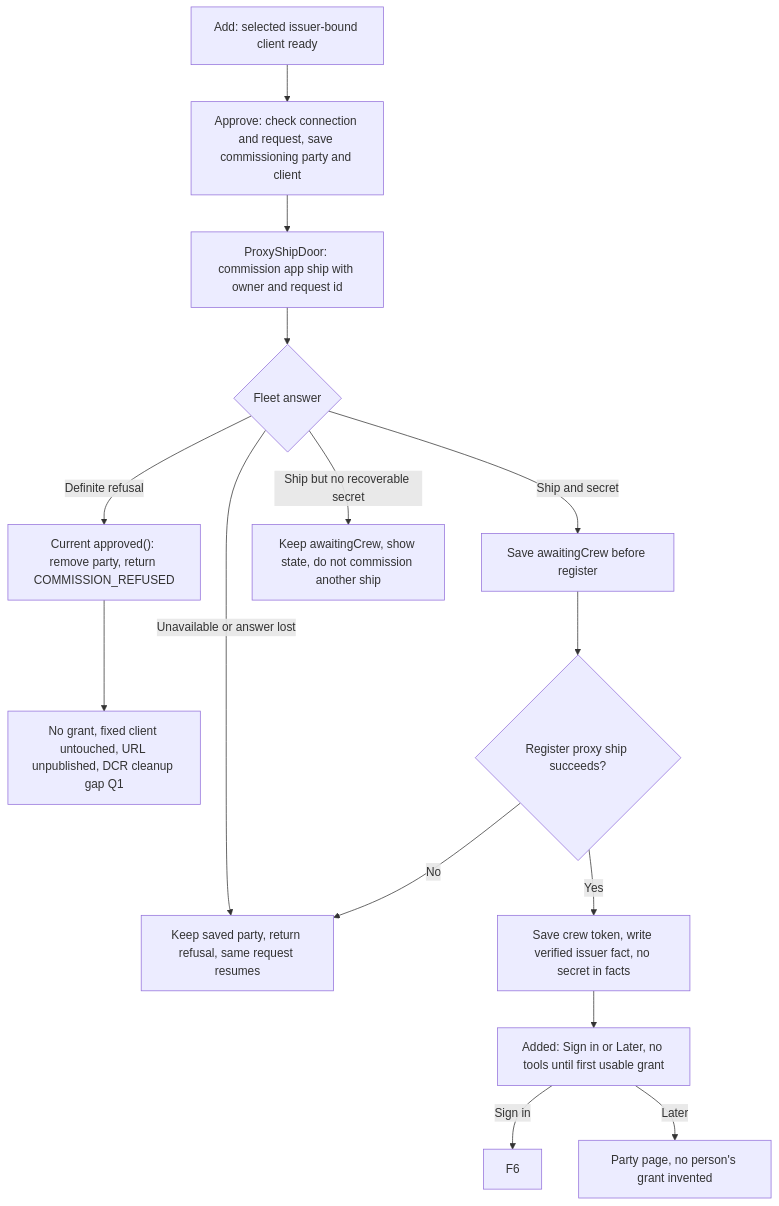
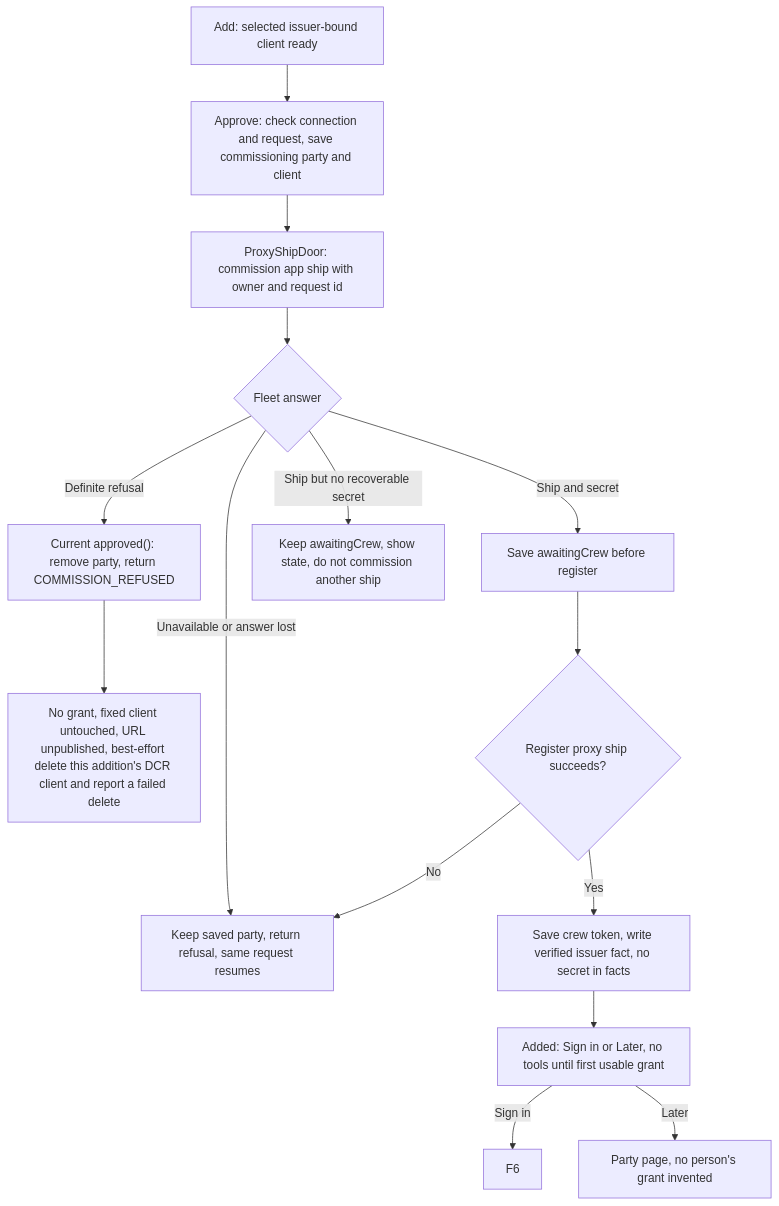
The fifth of 8 diagrams in docs/design/oauth-servers/client-identities.md (ThomasHendrickx/aeolus-fleet), drawn with Mermaid before and after one commit. The commit also changed other lines of this file and 3 other files, not shown here.

````diff
--- a/docs/design/oauth-servers/client-identities.md
+++ b/docs/design/oauth-servers/client-identities.md
@@ -201,17 +188,17 @@
 ```mermaid
 flowchart TD
   A["Add: selected issuer-bound client ready"] --> B["Approve: check connection and request, save commissioning party and client"]
   B --> C["ProxyShipDoor: commission app ship with owner and request id"]
   C --> D{"Fleet answer"}
   D -->|Unavailable or answer lost| E["Keep saved party, return refusal, same request resumes"]
   D -->|Definite refusal| F["Current approved(): remove party, return COMMISSION_REFUSED"]
-  F --> G["No grant, fixed client untouched, URL unpublished, DCR cleanup gap Q1"]
+  F --> G["No grant, fixed client untouched, URL unpublished, best-effort delete this addition's DCR client and report a failed delete"]
   D -->|Ship and secret| H["Save awaitingCrew before register"]
   D -->|Ship but no recoverable secret| I["Keep awaitingCrew, show state, do not commission another ship"]
   H --> J{"Register proxy ship succeeds?"}
   J -->|No| E
   J -->|Yes| K["Save crew token, write verified issuer fact, no secret in facts"]
   K --> L["Added: Sign in or Later, no tools until first usable grant"]
   L -->|Sign in| M["F6"]
   L -->|Later| N["Party page, no person's grant invented"]
 ```
````
